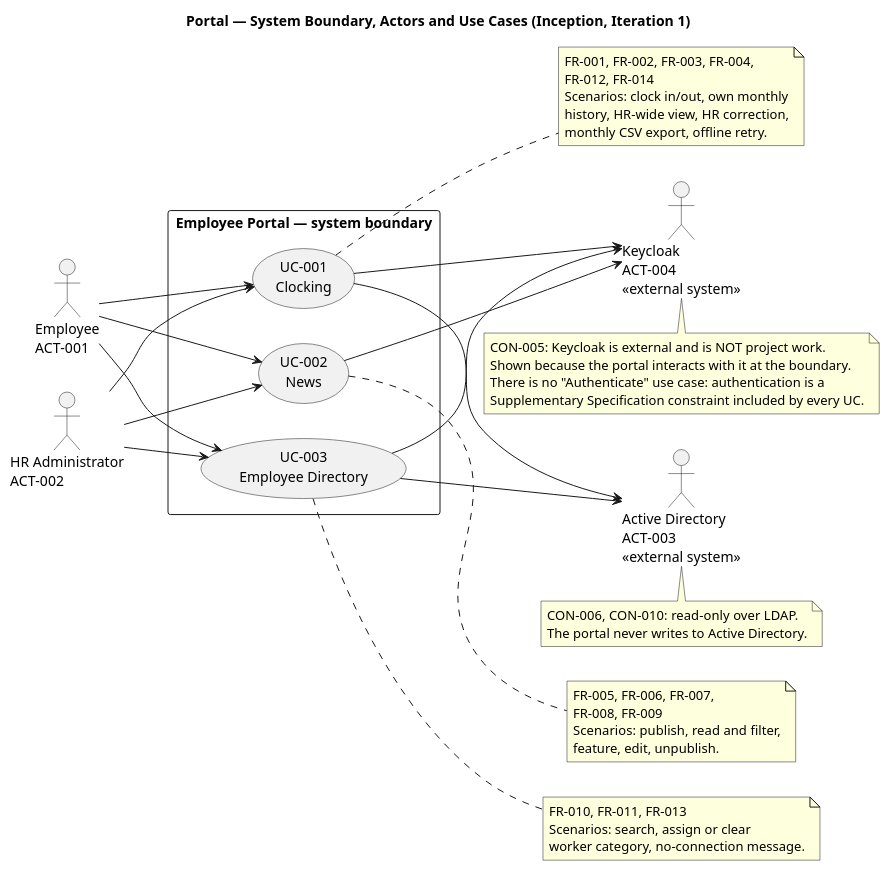
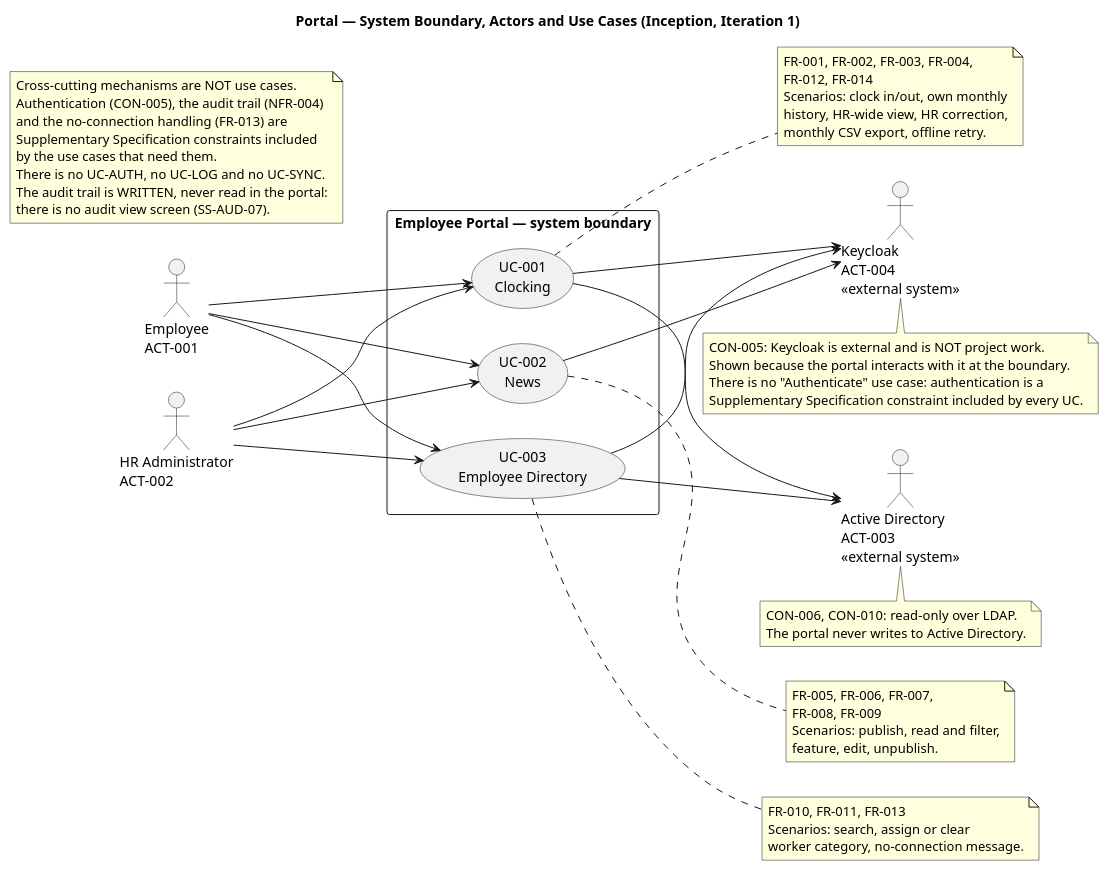
The first of 4 diagrams in docs/artifacts/requirements/use-case-model.md (banense-test/portal), drawn with PlantUML before and after one commit. The commit also changed other lines of this file, not shown here.

````diff
--- a/docs/artifacts/requirements/use-case-model.md
+++ b/docs/artifacts/requirements/use-case-model.md
@@ -17,65 +18,67 @@
 ```plantuml
 @startuml
 title Portal — System Boundary, Actors and Use Cases (Inception, Iteration 1)
 
 left to right direction
 skinparam packageStyle rectangle
 
 actor "Employee\nACT-001" as EMP
 actor "HR Administrator\nACT-002" as HR
 actor "Active Directory\nACT-003\n<<external system>>" as AD
 actor "Keycloak\nACT-004\n<<external system>>" as KC
 
 rectangle "Employee Portal — system boundary" {
   usecase "UC-001\nClocking" as UC1
   usecase "UC-002\nNews" as UC2
   usecase "UC-003\nEmployee Directory" as UC3
 }
 
 EMP --> UC1
 EMP --> UC2
 EMP --> UC3
 HR --> UC1
 HR --> UC2
 HR --> UC3
 
 UC1 --> AD
 UC3 --> AD
 UC1 --> KC
 UC2 --> KC
 UC3 --> KC
 
 note right of UC1
   FR-001, FR-002, FR-003, FR-004,
   FR-012, FR-014
   Scenarios: clock in/out, own monthly
   history, HR-wide view, HR correction,
   monthly CSV export, offline retry.
 end note
 
 note right of UC2
   FR-005, FR-006, FR-007,
   FR-008, FR-009
   Scenarios: publish, read and filter,
   feature, edit, unpublish.
 end note
 
 note right of UC3
   FR-010, FR-011, FR-013
   Scenarios: search, assign or clear
   worker category, no-connection message.
 end note
 
 note bottom of KC
   CON-005: Keycloak is external and is NOT project work.
   Shown because the portal interacts with it at the boundary.
   There is no "Authenticate" use case: authentication is a
   Supplementary Specification constraint included by every UC.
 end note
 
 note bottom of AD
   CON-006, CON-010: read-only over LDAP.
   The portal never writes to Active Directory.
 end note
+
+note "Cross-cutting mechanisms are NOT use cases.\nAuthentication (CON-005), the audit trail (NFR-004)\nand the no-connection handling (FR-013) are\nSupplementary Specification constraints included\nby the use cases that need them.\nThere is no UC-AUTH, no UC-LOG and no UC-SYNC.\nThe audit trail is WRITTEN, never read in the portal:\nthere is no audit view screen (SS-AUD-07)." as N1
 @enduml
 ```
````
